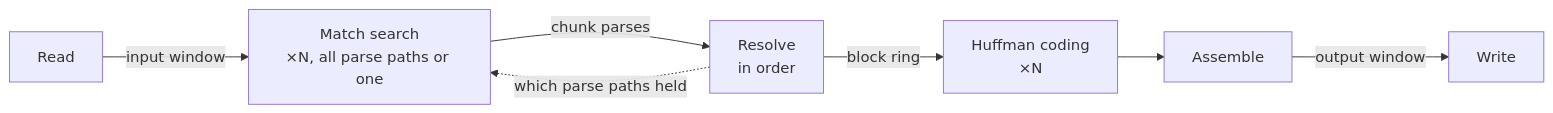
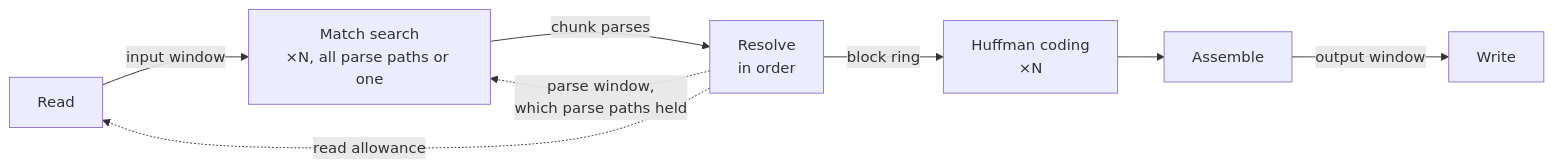
The diagram in ctDeflate/docs/images/step-6-feedback.mmd (ThinkMeta-com/ThinkMeta.ConcurrentTasks.Samples), drawn with Mermaid before and after one commit. The commit also changed 700 other files, not shown here.

```diff
--- a/ctDeflate/docs/images/step-6-feedback.mmd
+++ b/ctDeflate/docs/images/step-6-feedback.mmd
@@ -1,8 +1,9 @@
 flowchart LR
     R["Read"] -- "input window" --> P["Match search<br/>×N, all parse paths or one"]
     P -- "chunk parses" --> V["Resolve<br/>in order"]
     V -- "block ring" --> E["Huffman coding<br/>×N"]
     E --> S["Assemble"]
     S -- "output window" --> W["Write"]
-    V -. "which parse paths held" .-> P
+    V -. "parse window,<br/>which parse paths held" .-> P
+    V -. "read allowance" .-> R
     P ~~~ V
```
